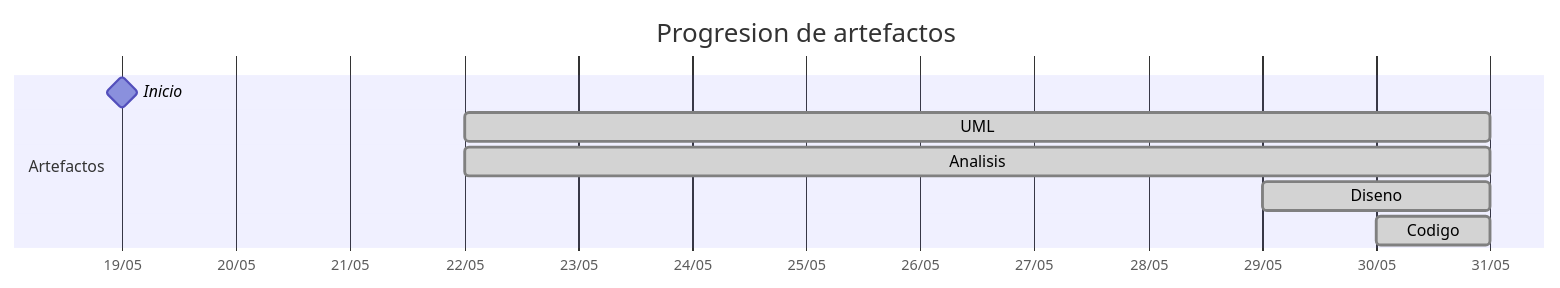
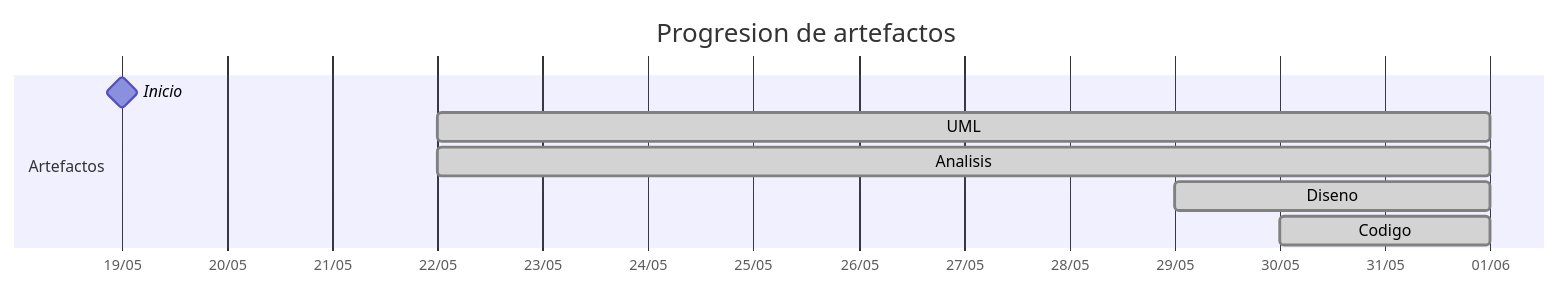
Before and after one commit to carlos-alvarado-25/25-26-idsw2-sdVC: the diagram in TIMELINES/31Diego.md, drawn with Mermaid. The commit also changed other lines of this file and 5 other files, not shown here.

````diff
--- a/TIMELINES/31Diego.md
+++ b/TIMELINES/31Diego.md
@@ -19,12 +19,12 @@
 ```mermaid
 gantt
     title Progresion de artefactos
     dateFormat YYYY-MM-DD
     axisFormat %d/%m
     section Artefactos
         Inicio       :milestone, 2026-05-19, 0d
-        UML          :done, 2026-05-22, 2026-05-31
-        Analisis     :done, 2026-05-22, 2026-05-31
-        Diseno       :done, 2026-05-29, 2026-05-31
-        Codigo       :done, 2026-05-30, 2026-05-31
+        UML          :done, 2026-05-22, 2026-06-01
+        Analisis     :done, 2026-05-22, 2026-06-01
+        Diseno       :done, 2026-05-29, 2026-06-01
+        Codigo       :done, 2026-05-30, 2026-06-01
 ```
````
